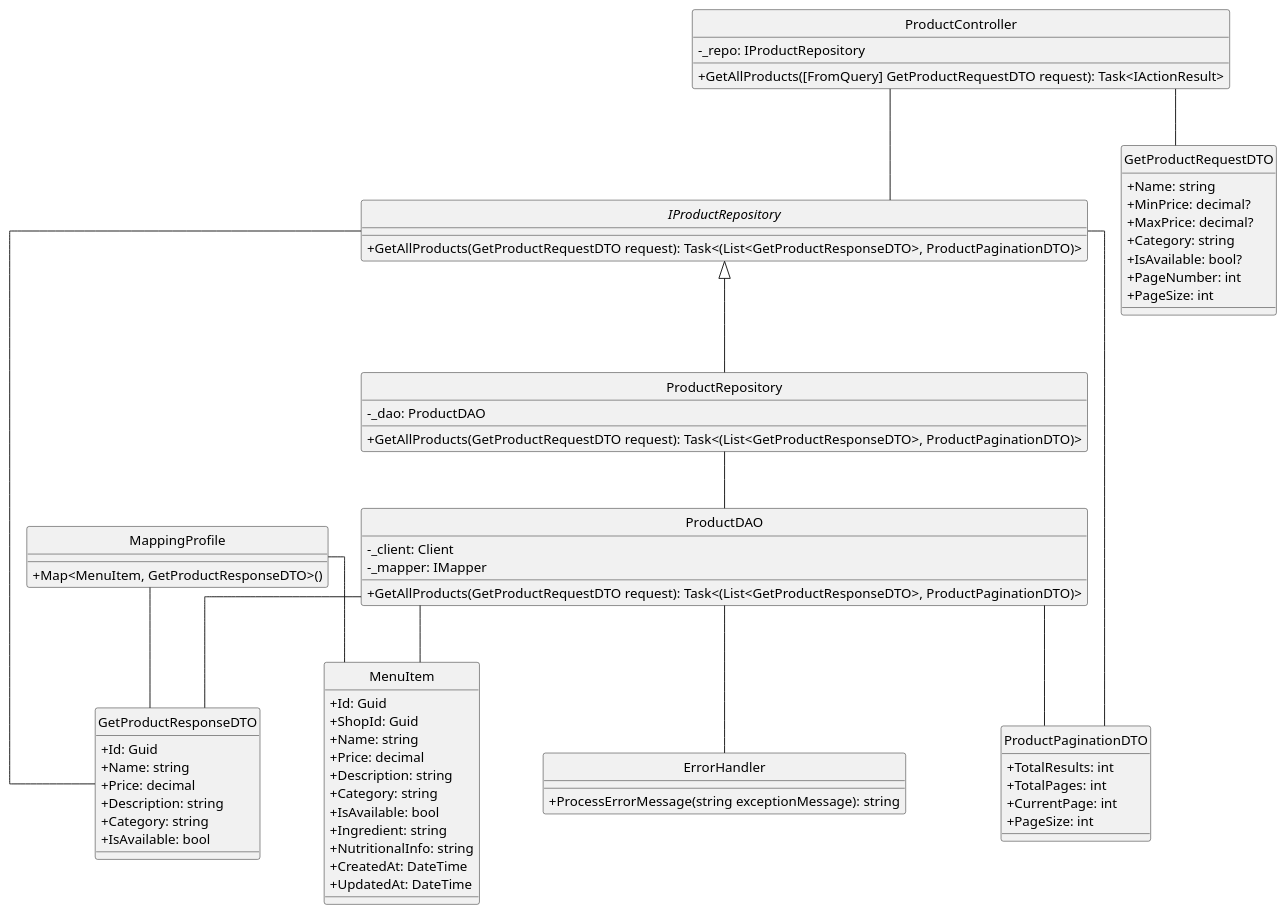
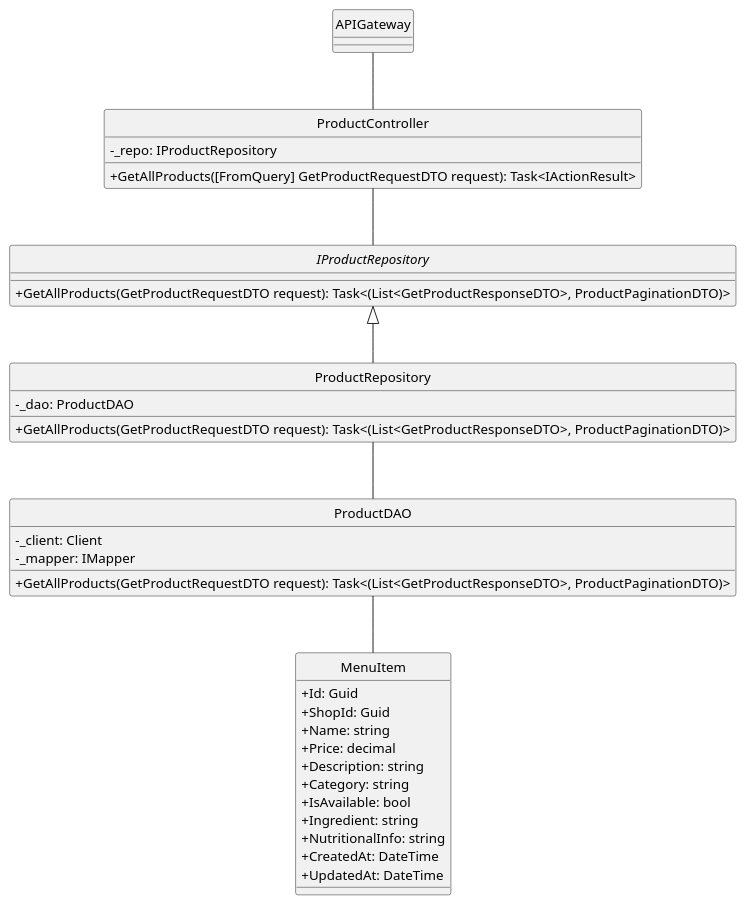
The diagram in docs/ClassDiagram/Product/GetAllProducts.plantuml (minhnhut23/FPT-OBOMS), drawn with PlantUML before and after one commit. The commit also changed 44 other files, not shown here.

```diff
--- a/docs/ClassDiagram/Product/GetAllProducts.plantuml
+++ b/docs/ClassDiagram/Product/GetAllProducts.plantuml
@@ -1,102 +1,56 @@
 @startuml
 hide circle
 skinparam classAttributeIconSize 0
 skinparam linetype ortho
 
+class APIGateway {
+}
 ' Controllers
 class ProductController {
     - _repo: IProductRepository
     + GetAllProducts([FromQuery] GetProductRequestDTO request): Task<IActionResult>
 }
 
 ' Repository Interface
 interface IProductRepository {
     + GetAllProducts(GetProductRequestDTO request): Task<(List<GetProductResponseDTO>, ProductPaginationDTO)>
 }
 
 ' Repository Implementation
 class ProductRepository {
     - _dao: ProductDAO
     + GetAllProducts(GetProductRequestDTO request): Task<(List<GetProductResponseDTO>, ProductPaginationDTO)>
 }
 
 ' Data Access Object
 class ProductDAO {
     - _client: Client
     - _mapper: IMapper
     + GetAllProducts(GetProductRequestDTO request): Task<(List<GetProductResponseDTO>, ProductPaginationDTO)>
 }
 
 ' Domain Model
 class MenuItem {
     + Id: Guid
     + ShopId: Guid
     + Name: string
     + Price: decimal
     + Description: string
     + Category: string
     + IsAvailable: bool
     + Ingredient: string
     + NutritionalInfo: string
     + CreatedAt: DateTime
     + UpdatedAt: DateTime
 }
 
-' Request Data Transfer Object
-class GetProductRequestDTO {
-    + Name: string
-    + MinPrice: decimal?
-    + MaxPrice: decimal?
-    + Category: string
-    + IsAvailable: bool?
-    + PageNumber: int
-    + PageSize: int
-}
-
-' Response Data Transfer Object
-class GetProductResponseDTO {
-    + Id: Guid
-    + Name: string
-    + Price: decimal
-    + Description: string
-    + Category: string
-    + IsAvailable: bool
-}
-
-' Pagination Data Transfer Object
-class ProductPaginationDTO {
-    + TotalResults: int
-    + TotalPages: int
-    + CurrentPage: int
-    + PageSize: int
-}
-
-' Utility classes
-class ErrorHandler {
-    + ProcessErrorMessage(string exceptionMessage): string
-}
-
-class MappingProfile {
-    + Map<MenuItem, GetProductResponseDTO>()
-}
 
 ' Relationships
+APIGateway -- ProductController
 ProductController -- IProductRepository
-ProductController -- GetProductRequestDTO
 
 IProductRepository <|-- ProductRepository
-IProductRepository -- GetProductResponseDTO
-IProductRepository -- ProductPaginationDTO
-
 ProductRepository -- ProductDAO
-
-
-ProductDAO -- ErrorHandler
-ProductDAO -- GetProductResponseDTO
-ProductDAO -- ProductPaginationDTO
 ProductDAO -- MenuItem
 
-MappingProfile -- MenuItem
-MappingProfile -- GetProductResponseDTO
-
 @enduml
```
